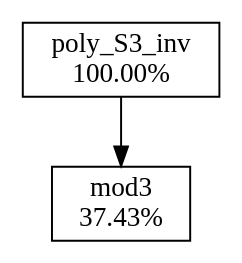
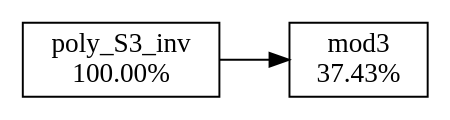
One commit to profiling-pqc-kem-thesis/data changed the diagram in ntru/hot-paths/poly_S3_inv.dot. Above: the diagram before and after it, drawn with Graphviz. The commit also changed 1 other file, not shown here.

Commit message:
Fix graphs not rendering left to right

```diff
--- a/ntru/hot-paths/poly_S3_inv.dot
+++ b/ntru/hot-paths/poly_S3_inv.dot
@@ -1,9 +1,9 @@
 digraph G {
+  rankdir=LR;
   {
-    rankdir=LR;
     node [shape=box]
     poly_S3_inv[label="poly_S3_inv\n100.00%"]
     mod3[label="mod3\n37.43%"]
   }
   poly_S3_inv -> mod3
 }
```
